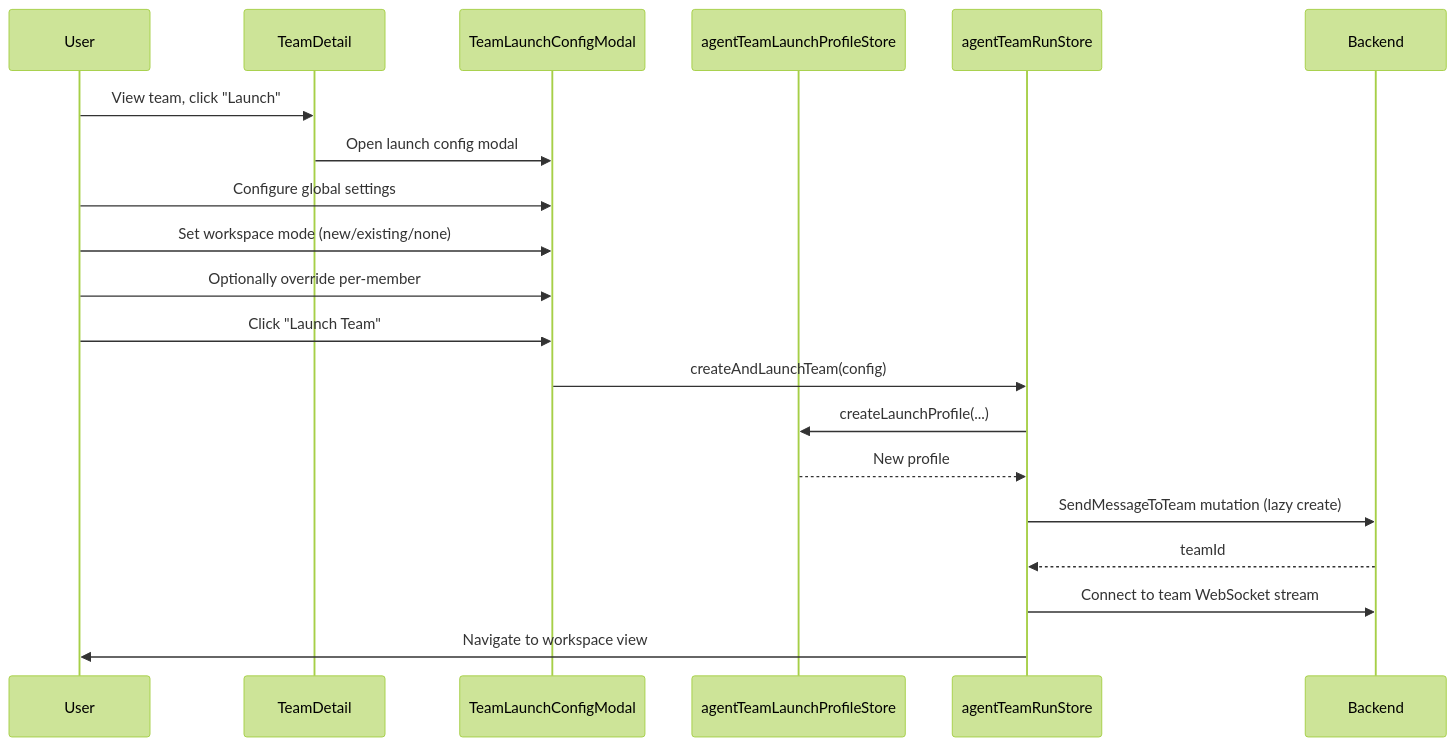
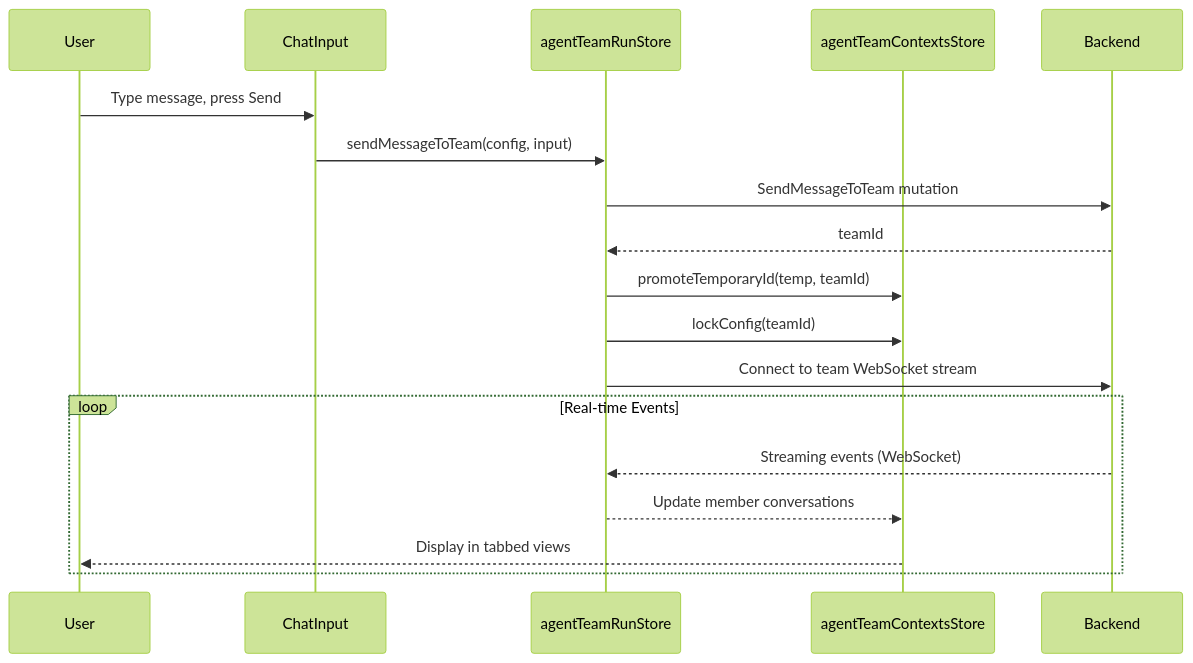
The fourth of 4 diagrams in docs/agent_teams.md (AutoByteus/autobyteus-web), drawn with Mermaid (forest theme) before and after one commit. The commit also changed other lines of this file and 98 other files, not shown here.

First line of the commit message:
refactor: Replace Agent Launch Profiles with per-instance Run Configs

````diff
--- a/docs/agent_teams.md
+++ b/docs/agent_teams.md
@@ -345,27 +301,22 @@
 ```mermaid
 sequenceDiagram
     participant User
-    participant TeamDetail
-    participant LaunchModal as TeamLaunchConfigModal
-    participant ProfileStore as agentTeamLaunchProfileStore
+    participant ChatInput
     participant RunStore as agentTeamRunStore
+    participant ContextsStore as agentTeamContextsStore
     participant Backend
 
-    User->>TeamDetail: View team, click "Launch"
-    TeamDetail->>LaunchModal: Open launch config modal
+    User->>ChatInput: Type message, press Send
+    ChatInput->>RunStore: sendMessageToTeam(config, input)
+    RunStore->>Backend: SendMessageToTeam mutation
+    Backend-->>RunStore: teamId
+    RunStore->>ContextsStore: promoteTemporaryId(temp, teamId)
+    RunStore->>ContextsStore: lockConfig(teamId)
+    RunStore->>Backend: Connect to team WebSocket stream
 
-    User->>LaunchModal: Configure global settings
-    User->>LaunchModal: Set workspace mode (new/existing/none)
-    User->>LaunchModal: Optionally override per-member
-    User->>LaunchModal: Click "Launch Team"
-
-    LaunchModal->>RunStore: createAndLaunchTeam(config)
-    RunStore->>ProfileStore: createLaunchProfile(...)
-    ProfileStore-->>RunStore: New profile
-
-    RunStore->>Backend: SendMessageToTeam mutation (lazy create)
-    Backend-->>RunStore: teamId
-
-    RunStore->>Backend: Connect to team WebSocket stream
-    RunStore->>User: Navigate to workspace view
+    loop Real-time Events
+        Backend-->>RunStore: Streaming events (WebSocket)
+        RunStore-->>ContextsStore: Update member conversations
+        ContextsStore-->>User: Display in tabbed views
+    end
 ```
````
